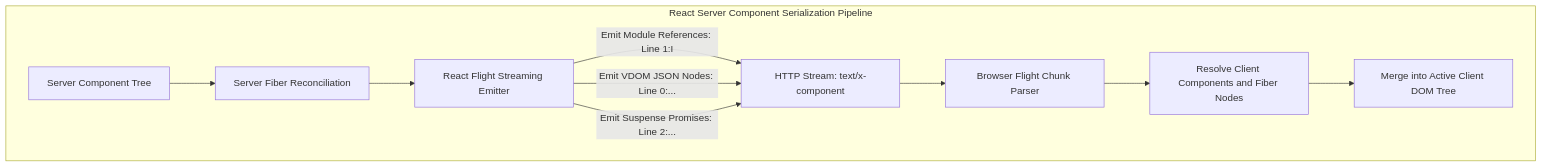
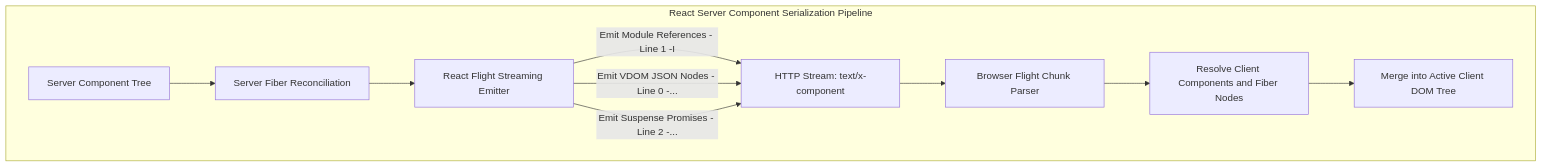
Before and after one commit to akmalkhaniub/akmalkhaniub.github.io: the diagram in blog/posts/deconstructing-react-flight-protocol-rsc-wire-format-streaming.md, drawn with Mermaid. The commit also changed 411 other files, not shown here.

````diff
--- a/blog/posts/deconstructing-react-flight-protocol-rsc-wire-format-streaming.md
+++ b/blog/posts/deconstructing-react-flight-protocol-rsc-wire-format-streaming.md
@@ -22,15 +22,15 @@
 ```mermaid
-graph TD
+flowchart TD
   subgraph FlightPipeline ["React Server Component Serialization Pipeline"]
     ServerTree["Server Component Tree"] --> FiberPass["Server Fiber Reconciliation"]
     FiberPass --> FlightEmitter["React Flight Streaming Emitter"]
     
-    FlightEmitter -->|Emit Module References: Line 1:I| Wire["HTTP Stream: text/x-component"]
-    FlightEmitter -->|Emit VDOM JSON Nodes: Line 0:...| Wire
-    FlightEmitter -->|Emit Suspense Promises: Line 2:...| Wire
+    FlightEmitter -->|Emit Module References - Line 1 -I| Wire["HTTP Stream: text/x-component"]
+    FlightEmitter -->|Emit VDOM JSON Nodes - Line 0 -...| Wire
+    FlightEmitter -->|Emit Suspense Promises - Line 2 -...| Wire
     
     Wire --> ClientParser["Browser Flight Chunk Parser"]
     ClientParser --> ChunkResolver["Resolve Client Components and Fiber Nodes"]
     ChunkResolver --> DOMReconciliation["Merge into Active Client DOM Tree"]
   end
 ```
````
